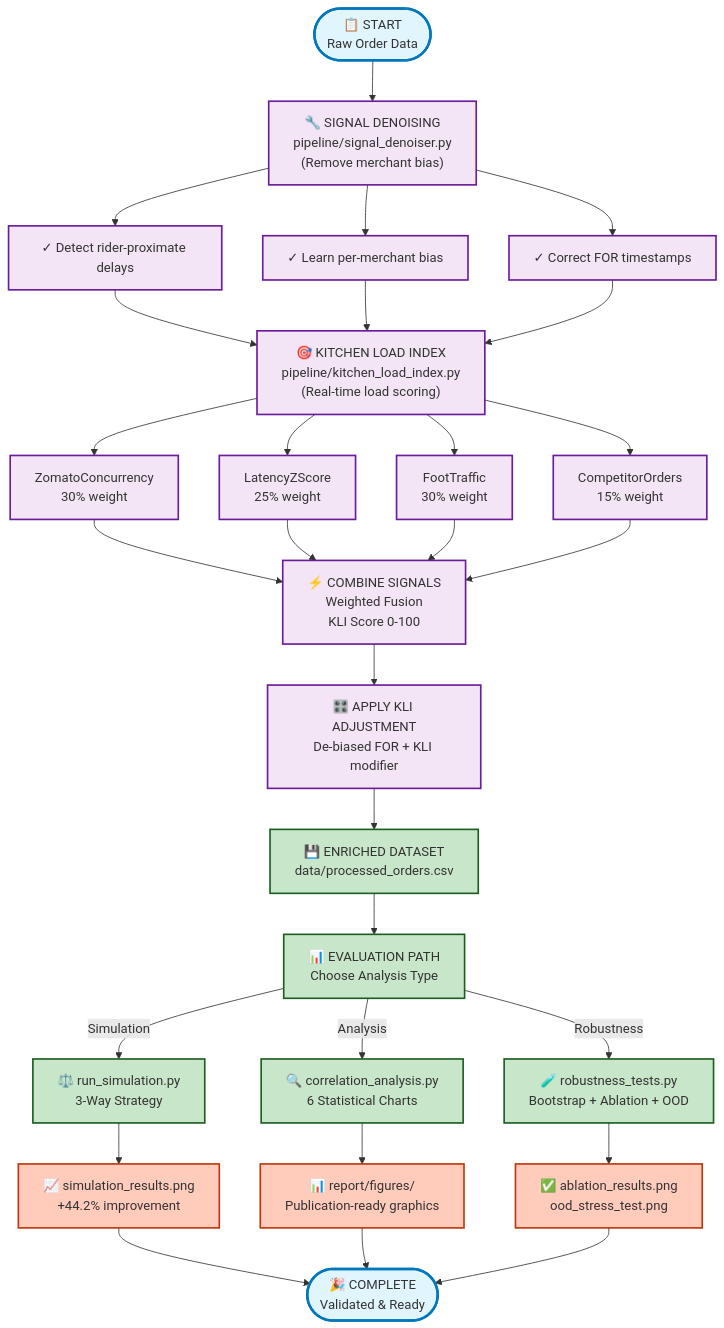
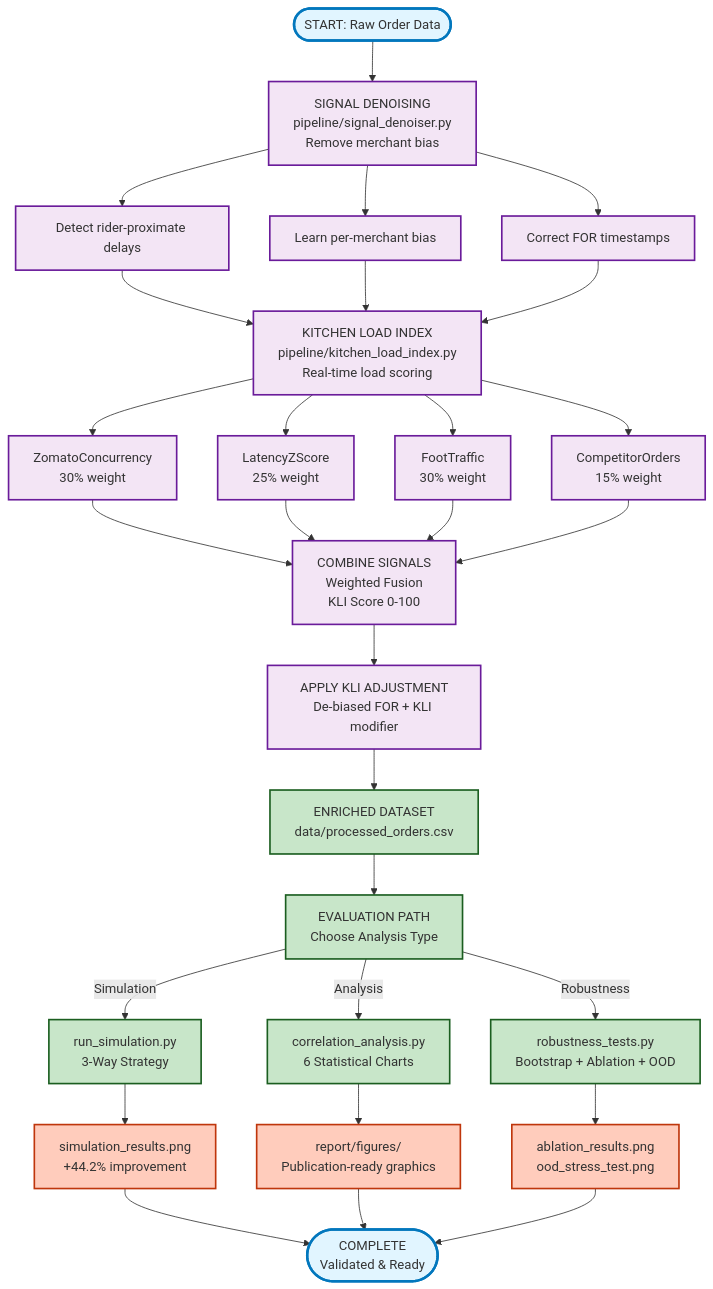
Before and after one commit to ayhm23/KitchenPulse-Zomato-KPT: the diagram in README.md, drawn with Mermaid. The commit also changed other lines of this file, not shown here.

````diff
--- a/README.md
+++ b/README.md
@@ -283,48 +223,48 @@
 ```mermaid
 graph TD
-    START(["📋 START<br/>Raw Order Data"]) --> DENOISE["🔧 SIGNAL DENOISING<br/>pipeline/signal_denoiser.py<br/>(Remove merchant bias)"]
+    START(["START: Raw Order Data"]) --> DENOISE["SIGNAL DENOISING<br/>pipeline/signal_denoiser.py<br/>Remove merchant bias"]
     
-    DENOISE --> D1["✓ Detect rider-proximate delays"]
-    DENOISE --> D2["✓ Learn per-merchant bias"]
-    DENOISE --> D3["✓ Correct FOR timestamps"]
+    DENOISE --> D1["Detect rider-proximate delays"]
+    DENOISE --> D2["Learn per-merchant bias"]
+    DENOISE --> D3["Correct FOR timestamps"]
     
-    D1 & D2 & D3 --> KLI["🎯 KITCHEN LOAD INDEX<br/>pipeline/kitchen_load_index.py<br/>(Real-time load scoring)"]
+    D1 & D2 & D3 --> KLI["KITCHEN LOAD INDEX<br/>pipeline/kitchen_load_index.py<br/>Real-time load scoring"]
     
     KLI --> K1["ZomatoConcurrency<br/>30% weight"]
     KLI --> K2["LatencyZScore<br/>25% weight"]
     KLI --> K3["FootTraffic<br/>30% weight"]
     KLI --> K4["CompetitorOrders<br/>15% weight"]
     
-    K1 & K2 & K3 & K4 --> COMBINE["⚡ COMBINE SIGNALS<br/>Weighted Fusion<br/>KLI Score 0-100"]
+    K1 & K2 & K3 & K4 --> COMBINE["COMBINE SIGNALS<br/>Weighted Fusion<br/>KLI Score 0-100"]
     
-    COMBINE --> ADJUST["🎛️ APPLY KLI ADJUSTMENT<br/>De-biased FOR + KLI modifier"]
+    COMBINE --> ADJUST["APPLY KLI ADJUSTMENT<br/>De-biased FOR + KLI modifier"]
     
-    ADJUST --> OUTPUT["💾 ENRICHED DATASET<br/>data/processed_orders.csv"]
+    ADJUST --> OUTPUT["ENRICHED DATASET<br/>data/processed_orders.csv"]
     
-    OUTPUT --> EVAL["📊 EVALUATION PATH<br/>Choose Analysis Type"]
+    OUTPUT --> EVAL["EVALUATION PATH<br/>Choose Analysis Type"]
     
-    EVAL -->|Simulation| SIM["⚖️ run_simulation.py<br/>3-Way Strategy"]
-    SIM --> CHART1["📈 simulation_results.png<br/>+44.2% improvement"]
+    EVAL -->|Simulation| SIM["run_simulation.py<br/>3-Way Strategy"]
+    SIM --> CHART1["simulation_results.png<br/>+44.2% improvement"]
     
-    EVAL -->|Analysis| CORR["🔍 correlation_analysis.py<br/>6 Statistical Charts"]
-    CORR --> CHART2["📊 report/figures/<br/>Publication-ready graphics"]
+    EVAL -->|Analysis| CORR["correlation_analysis.py<br/>6 Statistical Charts"]
+    CORR --> CHART2["report/figures/<br/>Publication-ready graphics"]
     
-    EVAL -->|Robustness| ROBUST["🧪 robustness_tests.py<br/>Bootstrap + Ablation + OOD"]
-    ROBUST --> CHART3["✅ ablation_results.png<br/>ood_stress_test.png"]
+    EVAL -->|Robustness| ROBUST["robustness_tests.py<br/>Bootstrap + Ablation + OOD"]
+    ROBUST --> CHART3["ablation_results.png<br/>ood_stress_test.png"]
     
-    CHART1 & CHART2 & CHART3 --> END(["🎉 COMPLETE<br/>Validated & Ready"])
+    CHART1 & CHART2 & CHART3 --> END(["COMPLETE<br/>Validated & Ready"])
     
     classDef input fill:#e1f5ff,stroke:#0277bd,stroke-width:3px
     classDef process fill:#f3e5f5,stroke:#6a1b9a,stroke-width:2px
     classDef output fill:#fff9c4,stroke:#f57f17,stroke-width:2px
     classDef analysis fill:#c8e6c9,stroke:#1b5e20,stroke-width:2px
     classDef result fill:#ffccbc,stroke:#bf360c,stroke-width:2px
     
     class START,END input
     class OUTPUT analysis
     class DENOISE,KLI,COMBINE,ADJUST process
     class D1,D2,D3,K1,K2,K3,K4 process
     class SIM,CORR,ROBUST analysis
     class CHART1,CHART2,CHART3 result
     class EVAL analysis
 ```
````
